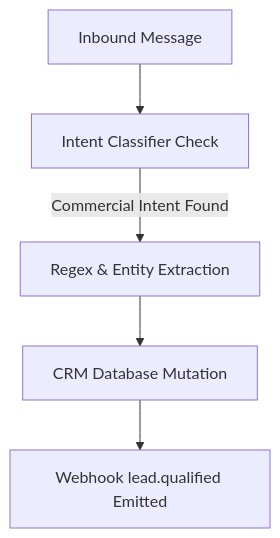
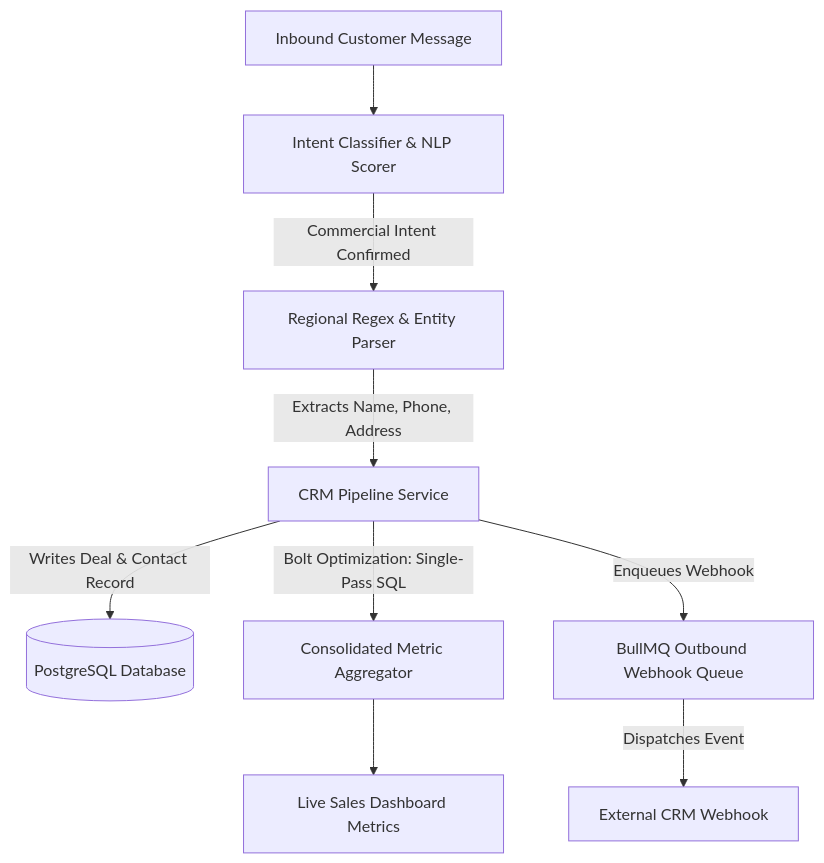
One commit to Autozeniq/autozniq-knowledge changed the diagram in features/lead-detection.md. Above: the diagram before and after it, drawn with Mermaid. The commit also changed other lines of this file and 25 other files, not shown here.

````diff
--- a/features/lead-detection.md
+++ b/features/lead-detection.md
@@ -27,7 +28,11 @@
 ```mermaid
 graph TD
-    A[Inbound Message] --> B[Intent Classifier Check]
-    B -->|Commercial Intent Found| C[Regex & Entity Extraction]
-    C --> D[CRM Database Mutation]
-    D --> E[Webhook lead.qualified Emitted]
+    A[Inbound Customer Message] --> B[Intent Classifier & NLP Scorer]
+    B -->|Commercial Intent Confirmed| C[Regional Regex & Entity Parser]
+    C -->|Extracts Name, Phone, Address| D[CRM Pipeline Service]
+    D -->|Writes Deal & Contact Record| E[(PostgreSQL Database)]
+    D -->|Bolt Optimization: Single-Pass SQL| F[Consolidated Metric Aggregator]
+    F --> G[Live Sales Dashboard Metrics]
+    D -->|Enqueues Webhook| H[BullMQ Outbound Webhook Queue]
+    H -->|Dispatches Event| I[External CRM Webhook]
 ```
````
